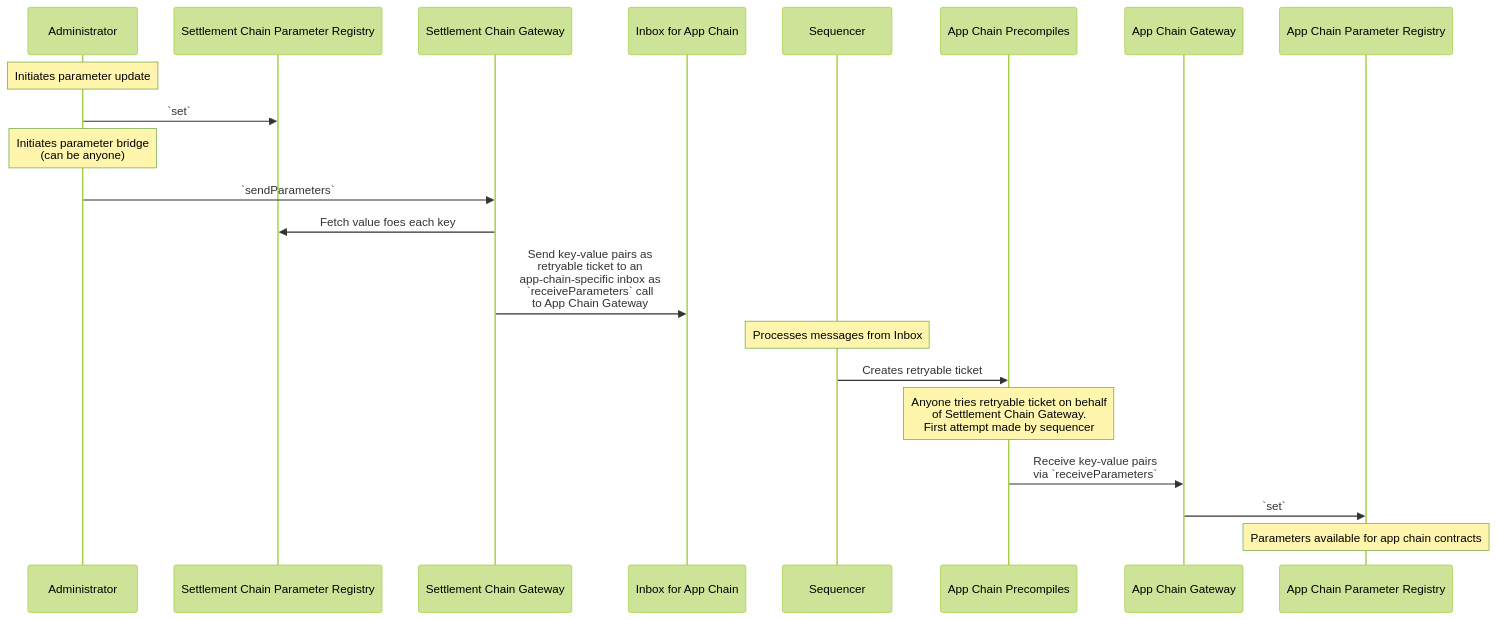
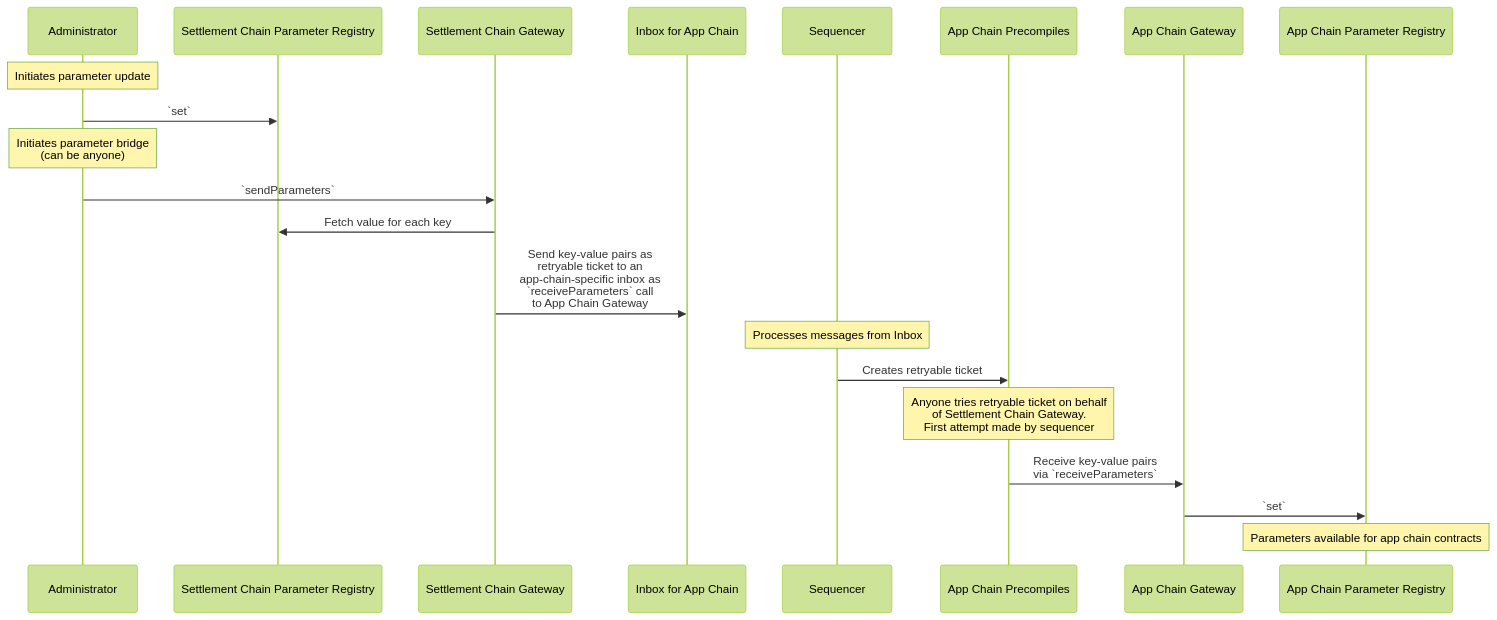
One commit to xmtp/smart-contracts changed the sixth of 6 diagrams in doc/architecture.md. Above: the diagram before and after it, drawn with Mermaid (forest theme). The commit also changed other lines of this file and 4 other files, not shown here.

````diff
--- a/doc/architecture.md
+++ b/doc/architecture.md
@@ -323,24 +323,24 @@
 ```mermaid
 sequenceDiagram
     participant Admin as Administrator
     participant SCPR as Settlement Chain Parameter Registry
     participant SCG as Settlement Chain Gateway
     participant I as Inbox for App Chain
     participant S as Sequencer
     participant P as App Chain Precompiles
     participant ACG as App Chain Gateway
     participant ACPR as App Chain Parameter Registry
 
     Note over Admin: Initiates parameter update
     Admin->>SCPR: `set`
     Note over Admin: Initiates parameter bridge<br>(can be anyone)
     Admin->>SCG: `sendParameters`
-    SCG->>SCPR: Fetch value foes each key
+    SCG->>SCPR: Fetch value for each key
     SCG->>I: Send key-value pairs as<br>retryable ticket to an<br>app-chain-specific inbox as<br>`receiveParameters` call<br>to App Chain Gateway
     Note over S: Processes messages from Inbox
     S->>P: Creates retryable ticket
     Note over P: Anyone tries retryable ticket on behalf<br>of Settlement Chain Gateway.<br>First attempt made by sequencer
     P->>ACG: Receive key-value pairs<br>via `receiveParameters`
     ACG->>ACPR: `set`
     Note over ACPR: Parameters available for app chain contracts
 ```
````
